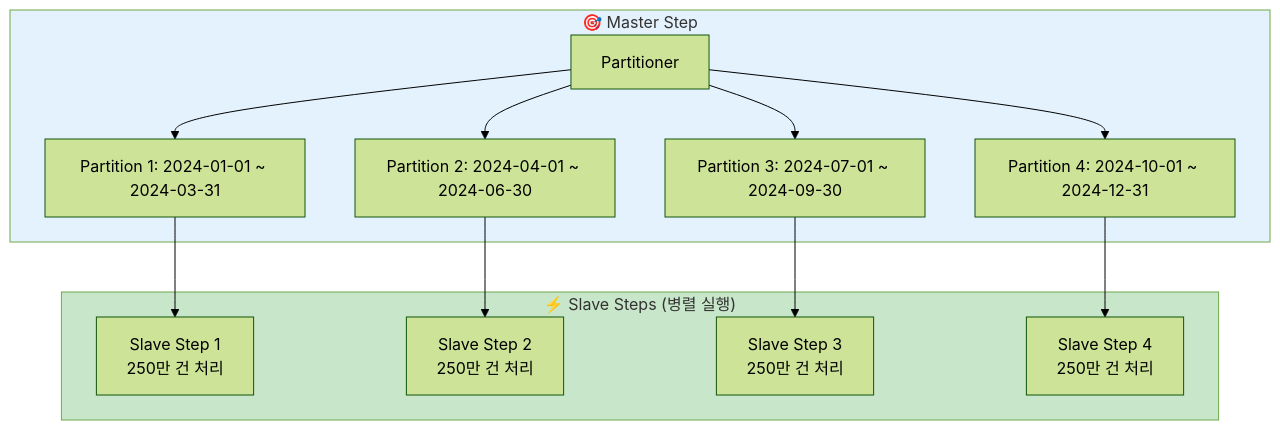
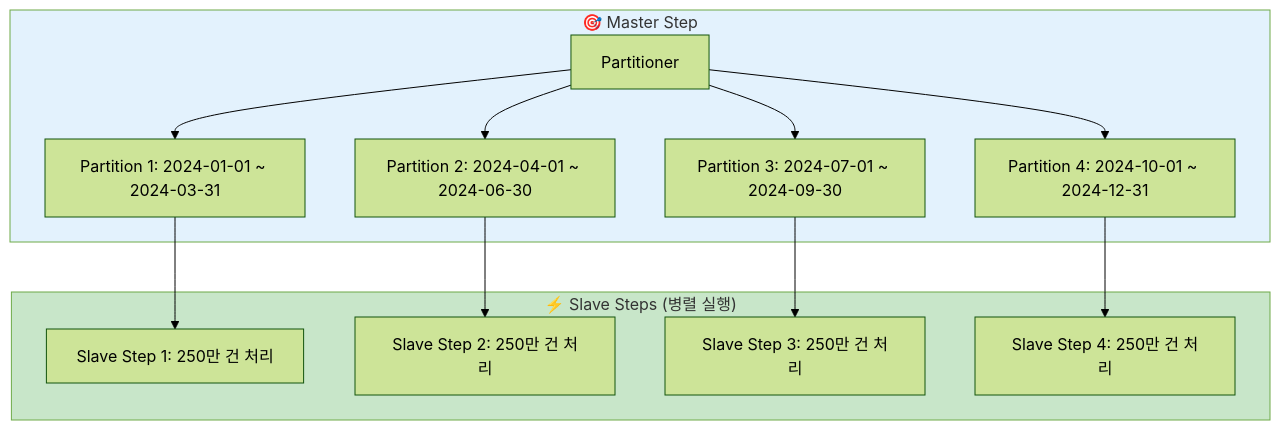
The fifth of 5 diagrams in content/spring/2025-07-27-spring-batch-chapter4-parallel-partitioning.md (Jonny-Cho/jonny-cho.github.io), drawn with Mermaid (forest theme) before and after one commit. The commit also changed other lines of this file, not shown here.

````diff
--- a/content/spring/2025-07-27-spring-batch-chapter4-parallel-partitioning.md
+++ b/content/spring/2025-07-27-spring-batch-chapter4-parallel-partitioning.md
@@ -433,24 +444,24 @@
 ```mermaid
 graph TB
     subgraph MasterStep["🎯 Master Step"]
         M[Partitioner] --> P1[Partition 1: 2024-01-01 ~ 2024-03-31]
         M --> P2[Partition 2: 2024-04-01 ~ 2024-06-30]
         M --> P3[Partition 3: 2024-07-01 ~ 2024-09-30]
         M --> P4[Partition 4: 2024-10-01 ~ 2024-12-31]
     end
     
     subgraph SlaveSteps["⚡ Slave Steps (병렬 실행)"]
-        S1[Slave Step 1<br/>250만 건 처리]
-        S2[Slave Step 2<br/>250만 건 처리]
-        S3[Slave Step 3<br/>250만 건 처리]
-        S4[Slave Step 4<br/>250만 건 처리]
+        S1[Slave Step 1: 250만 건 처리]
+        S2[Slave Step 2: 250만 건 처리]
+        S3[Slave Step 3: 250만 건 처리]
+        S4[Slave Step 4: 250만 건 처리]
     end
     
     P1 --> S1
     P2 --> S2
     P3 --> S3
     P4 --> S4
     
     style MasterStep fill:#e3f2fd
     style SlaveSteps fill:#c8e6c9
 ```
````
